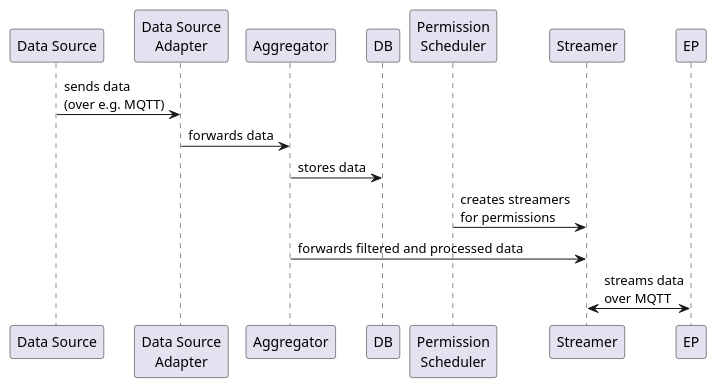
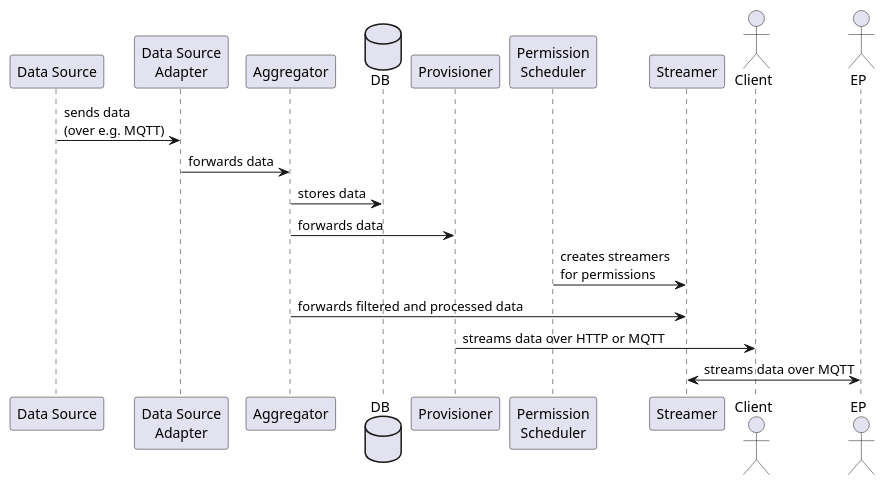
One commit to eddie-energy/eddie changed the diagram in aiida/docs/diagrams/data-flow.puml. Above: the diagram before and after it, drawn with PlantUML. The commit also changed 25 other files, not shown here.

Commit message:
feat(aiida): Make it possible to provide Inbound data as MQTT - PR comments

```diff
--- a/aiida/docs/diagrams/data-flow.puml
+++ b/aiida/docs/diagrams/data-flow.puml
@@ -4,10 +4,22 @@
 @startuml
 
-"Data Source" -> "Data Source\nAdapter" : sends data\n(over e.g. MQTT)
-"Data Source\nAdapter" -> Aggregator : forwards data
+participant DataSource as "Data Source"
+participant Adapter as "Data Source\nAdapter"
+participant Aggregator
+database DB
+participant Provisioner
+participant Scheduler as "Permission\nScheduler"
+participant Streamer
+actor Client
+actor EP
+
+DataSource -> Adapter : sends data\n(over e.g. MQTT)
+Adapter -> Aggregator : forwards data
 Aggregator -> DB : stores data
-"Permission\nScheduler" -> Streamer : creates streamers\nfor permissions
+Aggregator -> Provisioner : forwards data
+Scheduler -> Streamer : creates streamers\nfor permissions
 Aggregator -> Streamer : forwards filtered and processed data
-Streamer <-> EP : streams data\nover MQTT
+Provisioner -> Client : streams data over HTTP or MQTT
+Streamer <-> EP : streams data over MQTT
 
 @enduml
```
